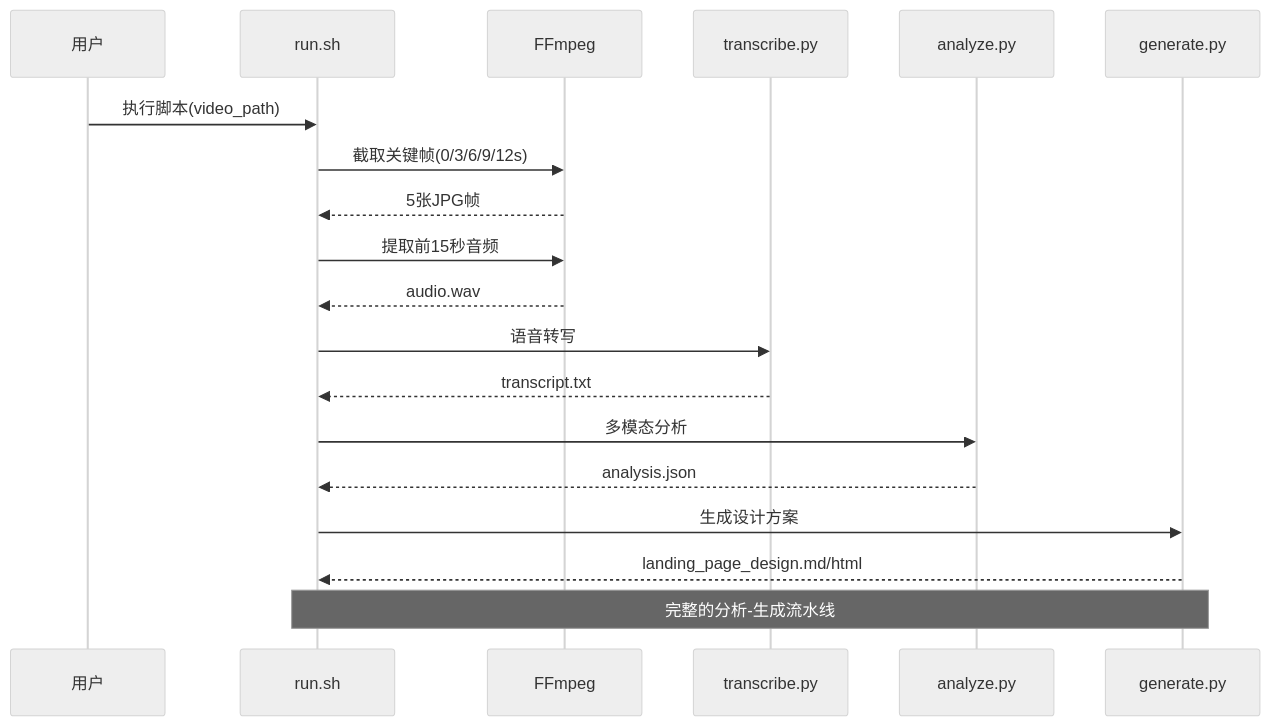
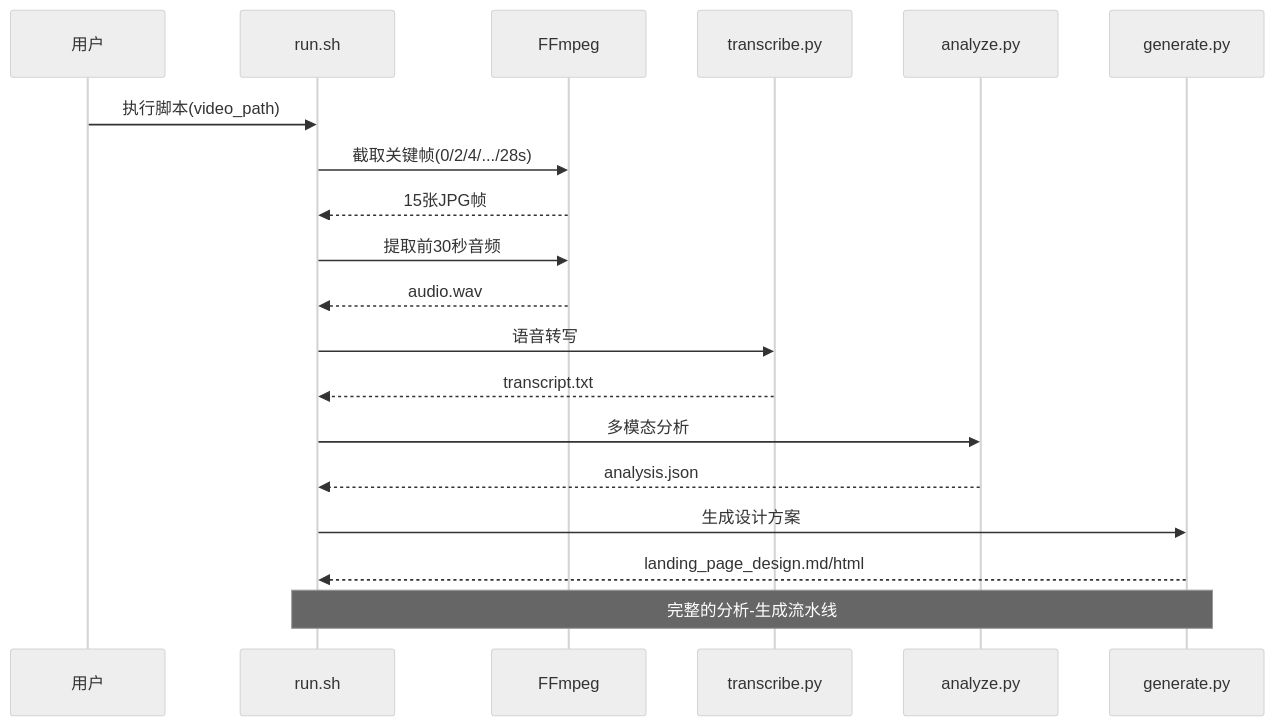
Before and after one commit to WongMingJiu/landingpage-test-hero-page: the second of 9 diagrams in .qoder/repowiki/zh/content/核心模块详解/方案生成模块.md, drawn with Mermaid (neutral theme). The commit also changed other lines of this file and 6 other files, not shown here.

````diff
--- a/.qoder/repowiki/zh/content/核心模块详解/方案生成模块.md
+++ b/.qoder/repowiki/zh/content/核心模块详解/方案生成模块.md
@@ -116,21 +135,21 @@
 ```mermaid
 sequenceDiagram
 participant User as 用户
 participant Run as run.sh
 participant FFmpeg as FFmpeg
 participant Transcribe as transcribe.py
 participant Analyze as analyze.py
 participant Generate as generate.py
 User->>Run : 执行脚本(video_path)
-Run->>FFmpeg : 截取关键帧(0/3/6/9/12s)
-FFmpeg-->>Run : 5张JPG帧
-Run->>FFmpeg : 提取前15秒音频
+Run->>FFmpeg : 截取关键帧(0/2/4/.../28s)
+FFmpeg-->>Run : 15张JPG帧
+Run->>FFmpeg : 提取前30秒音频
 FFmpeg-->>Run : audio.wav
 Run->>Transcribe : 语音转写
 Transcribe-->>Run : transcript.txt
 Run->>Analyze : 多模态分析
 Analyze-->>Run : analysis.json
 Run->>Generate : 生成设计方案
 Generate-->>Run : landing_page_design.md/html
 Note over Run,Generate : 完整的分析-生成流水线
 ```
````
